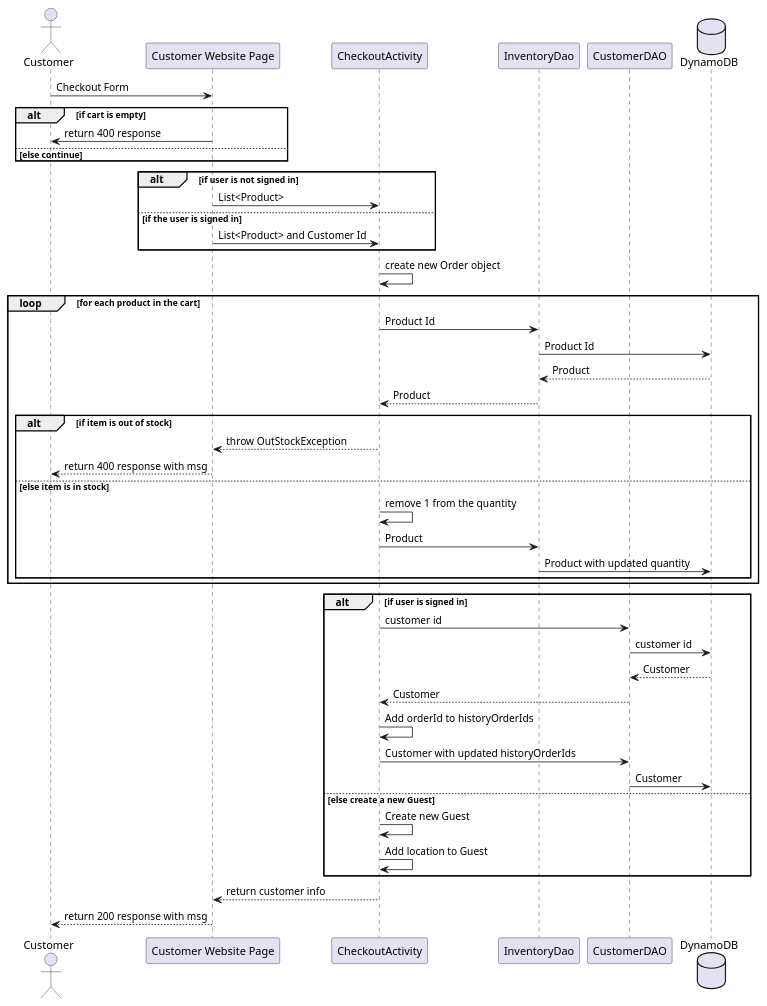
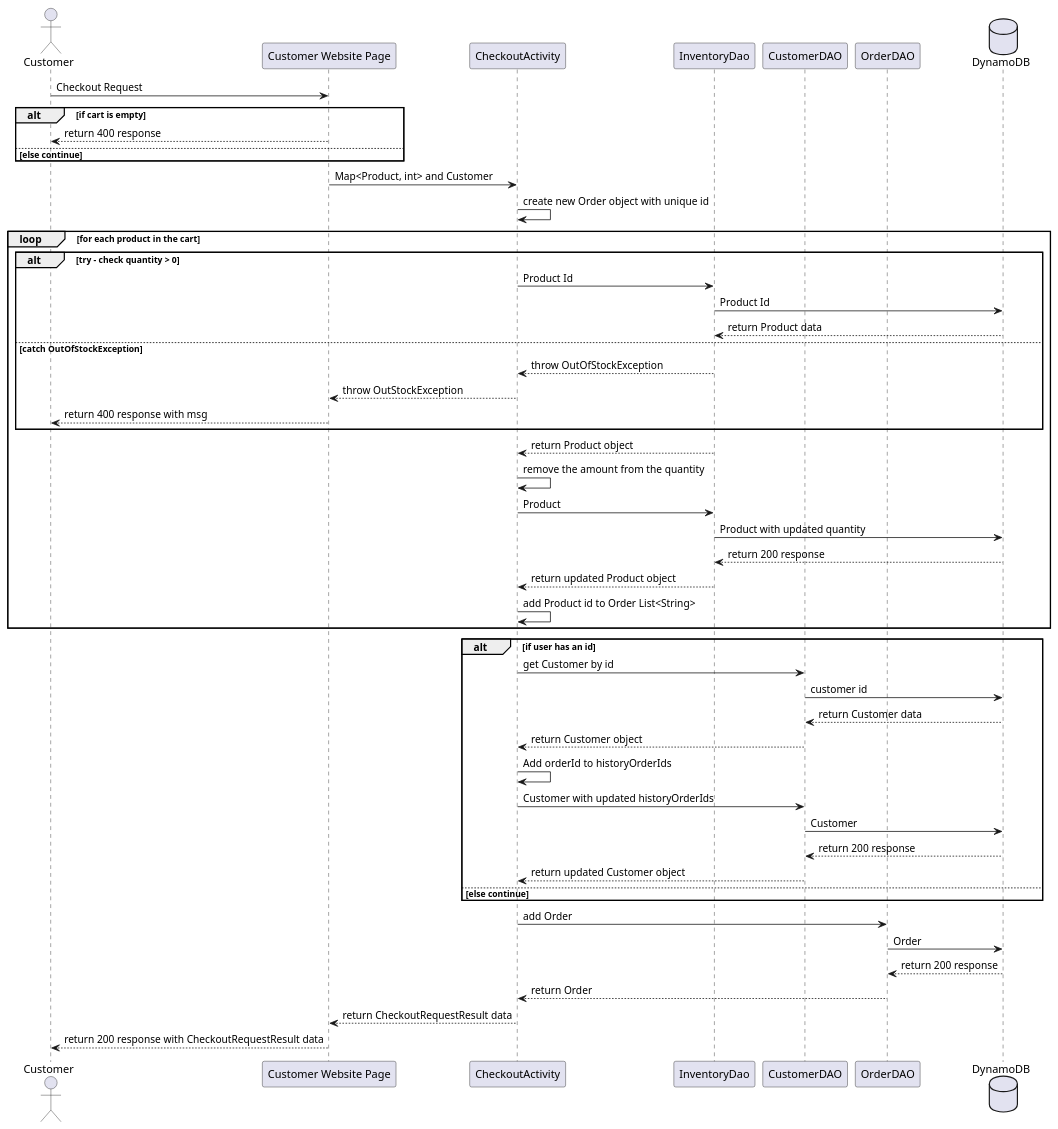
The diagram in project_documents/Design/Sequence Diagrams/CheckoutRequest.puml (sylviamohos/CoolWithCouleBackend), drawn with PlantUML before and after one commit. The commit also changed 11 other files, not shown here.

Commit message:
Edited and cleaned up sequence diagrams

```diff
--- a/project_documents/Design/Sequence Diagrams/CheckoutRequest.puml
+++ b/project_documents/Design/Sequence Diagrams/CheckoutRequest.puml
@@ -1,52 +1,57 @@
 @startuml
 'https://plantuml.com/sequence-diagram
 
 actor "Customer" as client
 participant "Customer Website Page" as apiGateway
 participant "CheckoutActivity" as checkoutActivity
 participant "InventoryDao" as inventoryDao
 participant "CustomerDAO" as customerDao
+participant "OrderDAO" as orderDao
 database "DynamoDB" as dynamoDB
 
-client -> apiGateway : Checkout Form
+client -> apiGateway : Checkout Request
 alt if cart is empty
-apiGateway -> client : return 400 response
+apiGateway --> client : return 400 response
 else else continue
 end
-alt if user is not signed in
-apiGateway -> checkoutActivity : List<Product>
-else if the user is signed in
-apiGateway -> checkoutActivity : List<Product> and Customer Id
-end
-checkoutActivity -> checkoutActivity : create new Order object
+apiGateway -> checkoutActivity : Map<Product, int> and Customer
+checkoutActivity -> checkoutActivity : create new Order object with unique id
 loop for each product in the cart
+alt try - check quantity > 0
 checkoutActivity -> inventoryDao : Product Id
 inventoryDao -> dynamoDB : Product Id
-dynamoDB --> inventoryDao : Product
-inventoryDao --> checkoutActivity : Product
-alt if item is out of stock
+dynamoDB --> inventoryDao : return Product data
+else catch OutOfStockException
+inventoryDao --> checkoutActivity : throw OutOfStockException
 checkoutActivity --> apiGateway : throw OutStockException
 apiGateway --> client : return 400 response with msg
-else else item is in stock
-checkoutActivity -> checkoutActivity : remove 1 from the quantity
+end
+inventoryDao --> checkoutActivity : return Product object
+checkoutActivity -> checkoutActivity : remove the amount from the quantity
 checkoutActivity -> inventoryDao : Product
 inventoryDao -> dynamoDB : Product with updated quantity
+dynamoDB --> inventoryDao : return 200 response
+inventoryDao --> checkoutActivity : return updated Product object
+checkoutActivity -> checkoutActivity : add Product id to Order List<String>
 end
-end
-alt if user is signed in
-checkoutActivity -> customerDao : customer id
+alt if user has an id
+checkoutActivity -> customerDao : get Customer by id
 customerDao -> dynamoDB : customer id
-dynamoDB --> customerDao : Customer
-customerDao --> checkoutActivity : Customer
+dynamoDB --> customerDao : return Customer data
+customerDao --> checkoutActivity : return Customer object
 checkoutActivity -> checkoutActivity : Add orderId to historyOrderIds
 checkoutActivity -> customerDao : Customer with updated historyOrderIds
 customerDao -> dynamoDB : Customer
+dynamoDB --> customerDao : return 200 response
+customerDao --> checkoutActivity : return updated Customer object
 
-else else create a new Guest
-checkoutActivity -> checkoutActivity : Create new Guest
-checkoutActivity -> checkoutActivity : Add location to Guest
+else else continue
 end
-checkoutActivity --> apiGateway : return customer info
-apiGateway --> client : return 200 response with msg
+checkoutActivity -> orderDao : add Order
+orderDao -> dynamoDB : Order
+dynamoDB --> orderDao : return 200 response
+orderDao --> checkoutActivity : return Order
+checkoutActivity --> apiGateway : return CheckoutRequestResult data
+apiGateway --> client : return 200 response with CheckoutRequestResult data
 
 @enduml
```
